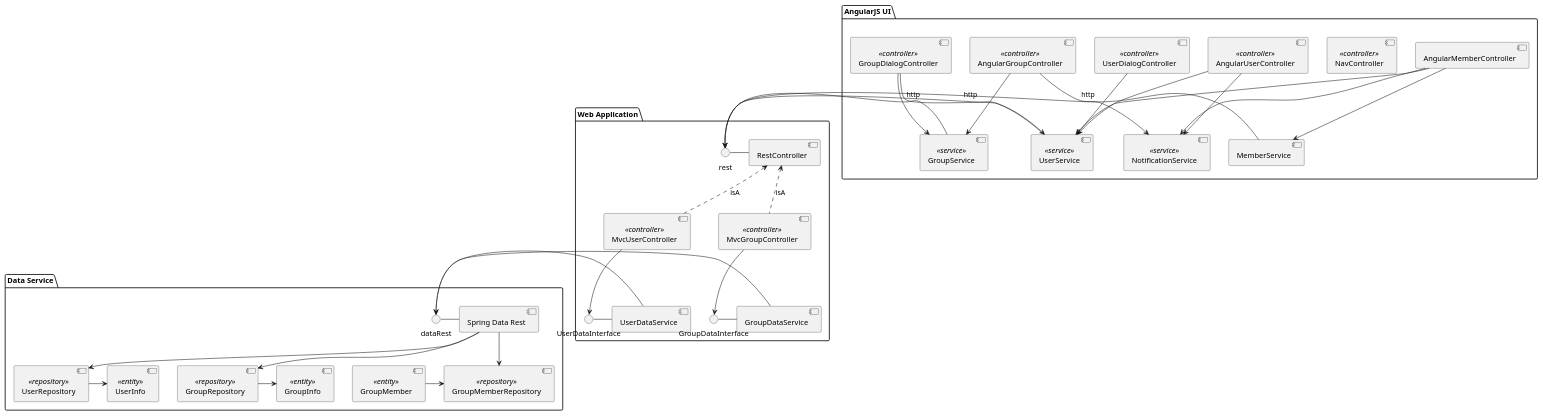
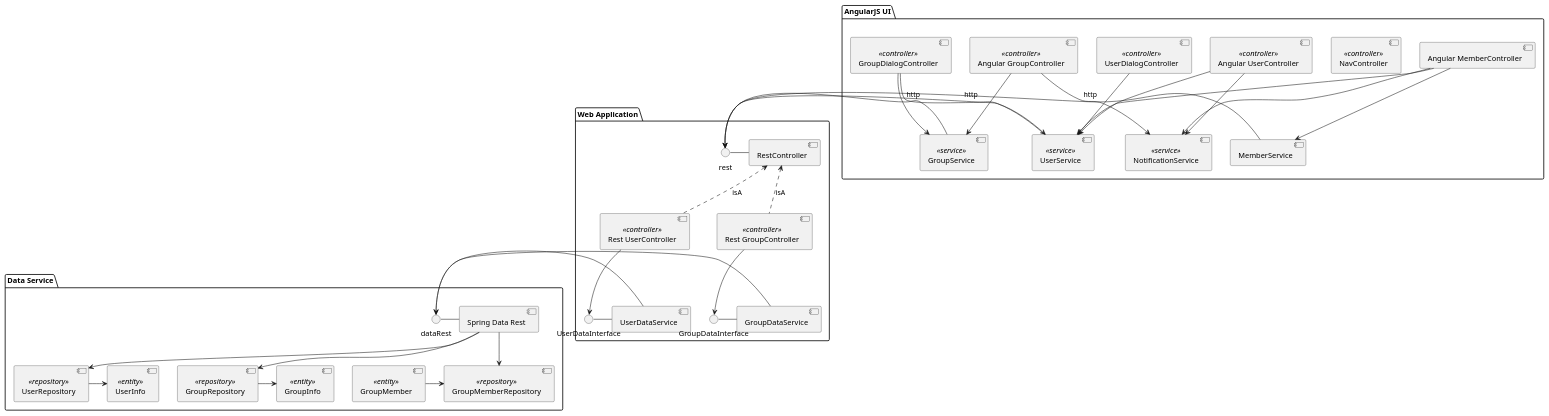
The diagram in src/docs/images/spring-data-rest-demo-components.puml (corneil/spring-data-rest-angular-demo), drawn with PlantUML before and after one commit. The commit also changed 1 other file, not shown here.

Commit message:
improved diagram names package isn't a namespace

```diff
--- a/src/docs/images/spring-data-rest-demo-components.puml
+++ b/src/docs/images/spring-data-rest-demo-components.puml
@@ -1,57 +1,57 @@
 @startuml
 package "Data Service" {
     [UserInfo] << entity >>
     [GroupInfo] << entity >>
     [GroupMember] << entity >>
     [UserRepository] << repository >>
     [GroupRepository] << repository >>
     [GroupMemberRepository] << repository >>
     [UserRepository] -> [UserInfo]
     [GroupRepository] -> [GroupInfo]
     [GroupMember] -> [GroupMemberRepository]
     dataRest - [Spring Data Rest]
     [Spring Data Rest] --> [UserRepository]
     [Spring Data Rest] --> [GroupRepository]
     [Spring Data Rest] --> [GroupMemberRepository]
 }
 
 package "Web Application" {
     rest - [RestController]
-    [MvcUserController] << controller >>
-    [MvcGroupController] << controller >>
+    [Rest UserController] << controller >>
+    [Rest GroupController] << controller >>
     () UserDataInterface - [UserDataService]
     () GroupDataInterface - [GroupDataService]
-    [MvcUserController] -down-> UserDataInterface
-    [MvcGroupController] -down-> GroupDataInterface
-    [MvcUserController] .up.> [RestController] : isA
-    [MvcGroupController] .up.> [RestController] : isA
+    [Rest UserController] -down-> UserDataInterface
+    [Rest GroupController] -down-> GroupDataInterface
+    [Rest UserController] .up.> [RestController] : isA
+    [Rest GroupController] .up.> [RestController] : isA
     [UserDataService] -> dataRest
     [GroupDataService] -> dataRest
 }
 
 package "AngularJS UI" {
     [NavController] << controller >>
     [NotificationService] << service >>
-    [AngularUserController] << controller >>
+    [Angular UserController] << controller >>
     [UserService] << service >>
     [UserDialogController] << controller >>
-    [AngularUserController] -down-> [UserService]
-    [AngularUserController] -down-> [NotificationService]
+    [Angular UserController] -down-> [UserService]
+    [Angular UserController] -down-> [NotificationService]
     [UserDialogController] -down-> [UserService]
     [UserService] -right-> rest : http
-    [AngularGroupController] << controller >>
+    [Angular GroupController] << controller >>
     [GroupService] << service >>
     [GroupDialogController] << controller >>
     [GroupDialogController] -down-> [UserService]
-    [AngularGroupController] -down-> [GroupService]
-    [AngularGroupController] -down-> [NotificationService]
+    [Angular GroupController] -down-> [GroupService]
+    [Angular GroupController] -down-> [NotificationService]
     [GroupDialogController] -down-> [GroupService]
     [GroupService] -left-> rest : http
-    [AngularMemberController] -down-> [MemberService]
-    [AngularMemberController] -> [NotificationService]
-    [AngularMemberController] -down-> [UserService]
+    [Angular MemberController] -down-> [MemberService]
+    [Angular MemberController] -> [NotificationService]
+    [Angular MemberController] -down-> [UserService]
     [MemberService] -> rest : http
 }
 
 
 @enduml
```
